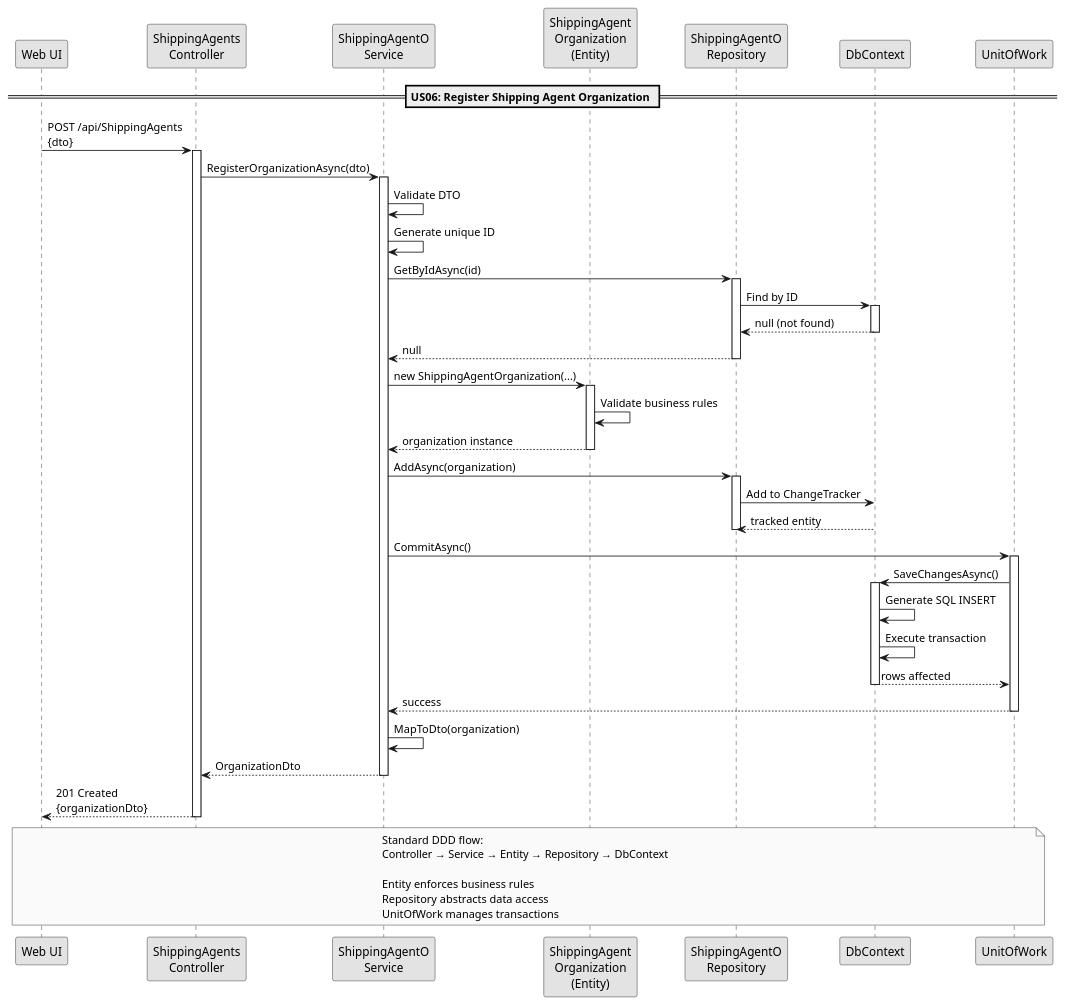
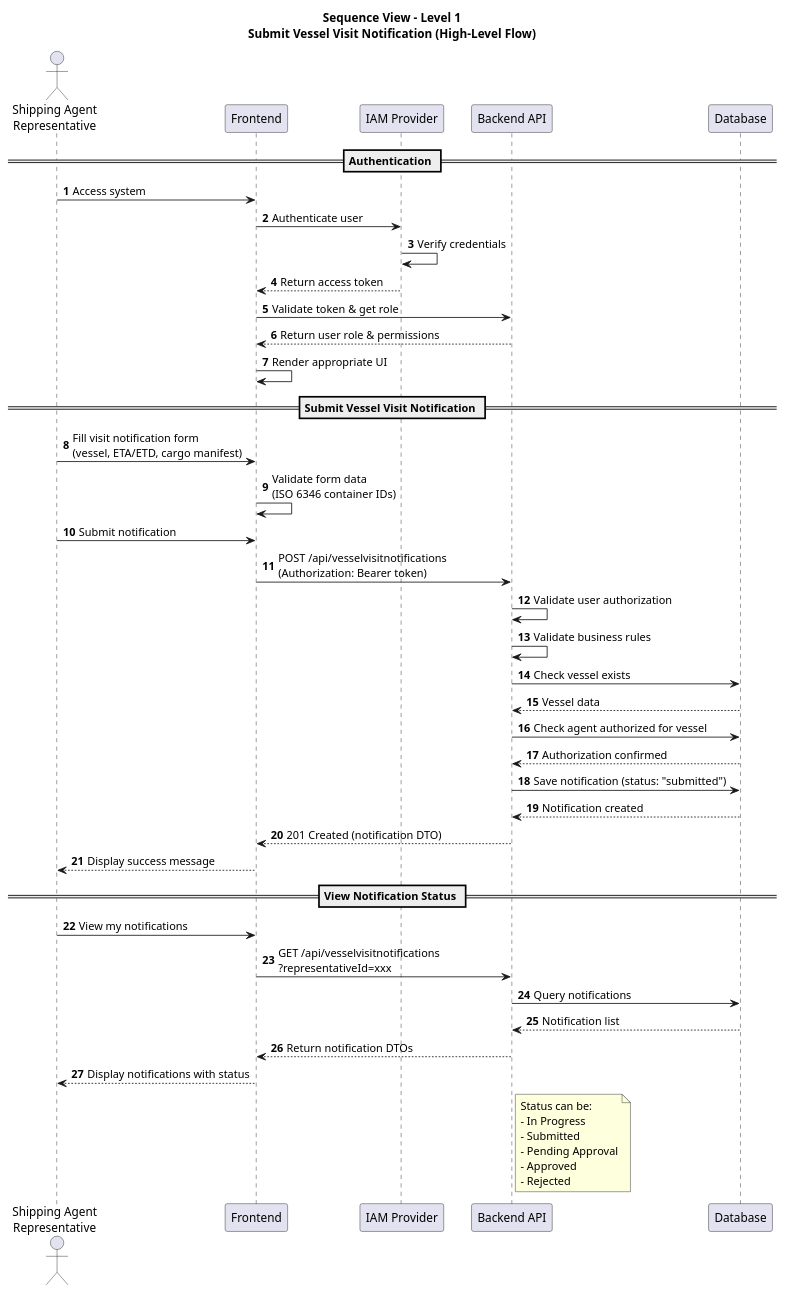
Before and after one commit to adampawelka/PortManagement: the diagram in docs/sequence02.puml, drawn with PlantUML. The commit also changed 18 other files, not shown here.

Commit message:
Updated Level 1 and 2 Diagrams

```diff
--- a/docs/sequence02.puml
+++ b/docs/sequence02.puml
@@ -1,71 +1,55 @@
-@startuml
-skinparam monochrome true
+@startuml sequence01
+autonumber
 
-participant "Web UI" as UI
-participant "ShippingAgents\nController" as Controller
-participant "ShippingAgentO\nService" as Service
-participant "ShippingAgent\nOrganization\n(Entity)" as Entity
-participant "ShippingAgentO\nRepository" as Repo
-participant "DbContext" as DB
-participant "UnitOfWork" as UOW
+title Sequence View - Level 1\nSubmit Vessel Visit Notification (High-Level Flow)
 
-== US06: Register Shipping Agent Organization ==
+actor "Shipping Agent\nRepresentative" as SAR
+participant "Frontend" as SPA
+participant "IAM Provider" as IAM
+participant "Backend API" as API
+participant "Database" as DB
 
-UI -> Controller : POST /api/ShippingAgents\n{dto}
-activate Controller
+== Authentication ==
+SAR -> SPA: Access system
+SPA -> IAM: Authenticate user
+IAM -> IAM: Verify credentials
+IAM --> SPA: Return access token
+SPA -> API: Validate token & get role
+API --> SPA: Return user role & permissions
+SPA -> SPA: Render appropriate UI
 
-Controller -> Service : RegisterOrganizationAsync(dto)
-activate Service
+== Submit Vessel Visit Notification ==
+SAR -> SPA: Fill visit notification form\n(vessel, ETA/ETD, cargo manifest)
+SPA -> SPA: Validate form data\n(ISO 6346 container IDs)
 
-Service -> Service : Validate DTO
-Service -> Service : Generate unique ID
+SAR -> SPA: Submit notification
+SPA -> API: POST /api/vesselvisitnotifications\n(Authorization: Bearer token)
+API -> API: Validate user authorization
+API -> API: Validate business rules
+API -> DB: Check vessel exists
+DB --> API: Vessel data
+API -> DB: Check agent authorized for vessel
+DB --> API: Authorization confirmed
+API -> DB: Save notification (status: "submitted")
+DB --> API: Notification created
+API --> SPA: 201 Created (notification DTO)
+SPA --> SAR: Display success message
 
-Service -> Repo : GetByIdAsync(id)
-activate Repo
-Repo -> DB : Find by ID
-activate DB
-DB --> Repo : null (not found)
-deactivate DB
-Repo --> Service : null
-deactivate Repo
+== View Notification Status ==
+SAR -> SPA: View my notifications
+SPA -> API: GET /api/vesselvisitnotifications\n?representativeId=xxx
+API -> DB: Query notifications
+DB --> API: Notification list
+API --> SPA: Return notification DTOs
+SPA --> SAR: Display notifications with status
 
-Service -> Entity : new ShippingAgentOrganization(...)
-activate Entity
-Entity -> Entity : Validate business rules
-Entity --> Service : organization instance
-deactivate Entity
-
-Service -> Repo : AddAsync(organization)
-activate Repo
-Repo -> DB : Add to ChangeTracker
-DB --> Repo : tracked entity
-deactivate Repo
-
-Service -> UOW : CommitAsync()
-activate UOW
-UOW -> DB : SaveChangesAsync()
-activate DB
-DB -> DB : Generate SQL INSERT
-DB -> DB : Execute transaction
-DB --> UOW : rows affected
-deactivate DB
-UOW --> Service : success
-deactivate UOW
-
-Service -> Service : MapToDto(organization)
-Service --> Controller : OrganizationDto
-deactivate Service
-
-Controller --> UI : 201 Created\n{organizationDto}
-deactivate Controller
-
-note over UI, UOW
-  Standard DDD flow:
-  Controller → Service → Entity → Repository → DbContext
-
-  Entity enforces business rules
-  Repository abstracts data access
-  UnitOfWork manages transactions
+note right of API
+  Status can be:
+  - In Progress
+  - Submitted
+  - Pending Approval
+  - Approved
+  - Rejected
 end note
 
 @enduml
```
